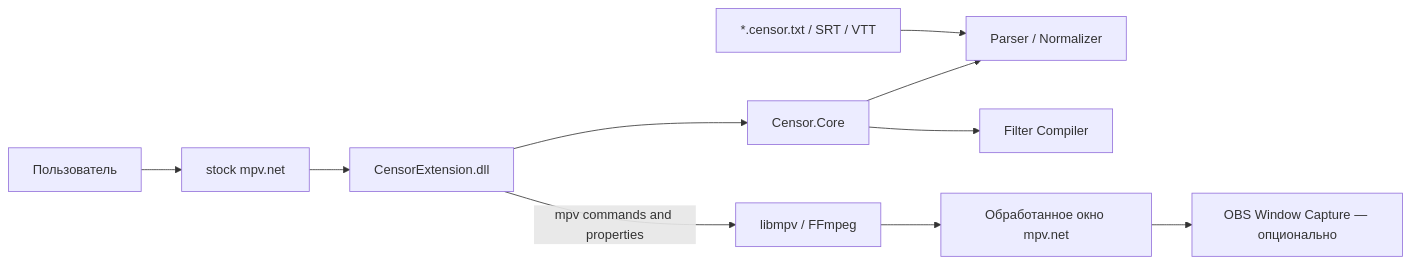
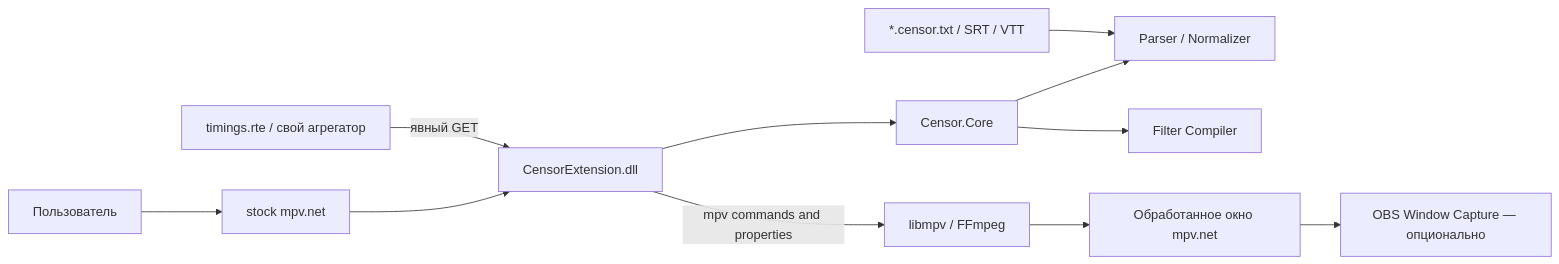
One commit to CBEPX/mpvnet-censor-extension changed the diagram in docs/TZ.md. Above: the diagram before and after it, drawn with Mermaid. The commit also changed other lines of this file and 37 other files, not shown here.

````diff
--- a/docs/TZ.md
+++ b/docs/TZ.md
@@ -103,12 +110,13 @@
 ```mermaid
 flowchart LR
     U[Пользователь] --> M[stock mpv.net]
     M --> E[CensorExtension.dll]
     E --> C[Censor.Core]
     C --> P[Parser / Normalizer]
     C --> F[Filter Compiler]
     T[*.censor.txt / SRT / VTT] --> P
+    R[timings.rte / свой агрегатор] -->|явный GET| E
     E -->|mpv commands and properties| MPV[libmpv / FFmpeg]
     MPV --> V[Обработанное окно mpv.net]
     V --> O[OBS Window Capture — опционально]
 ```
````
